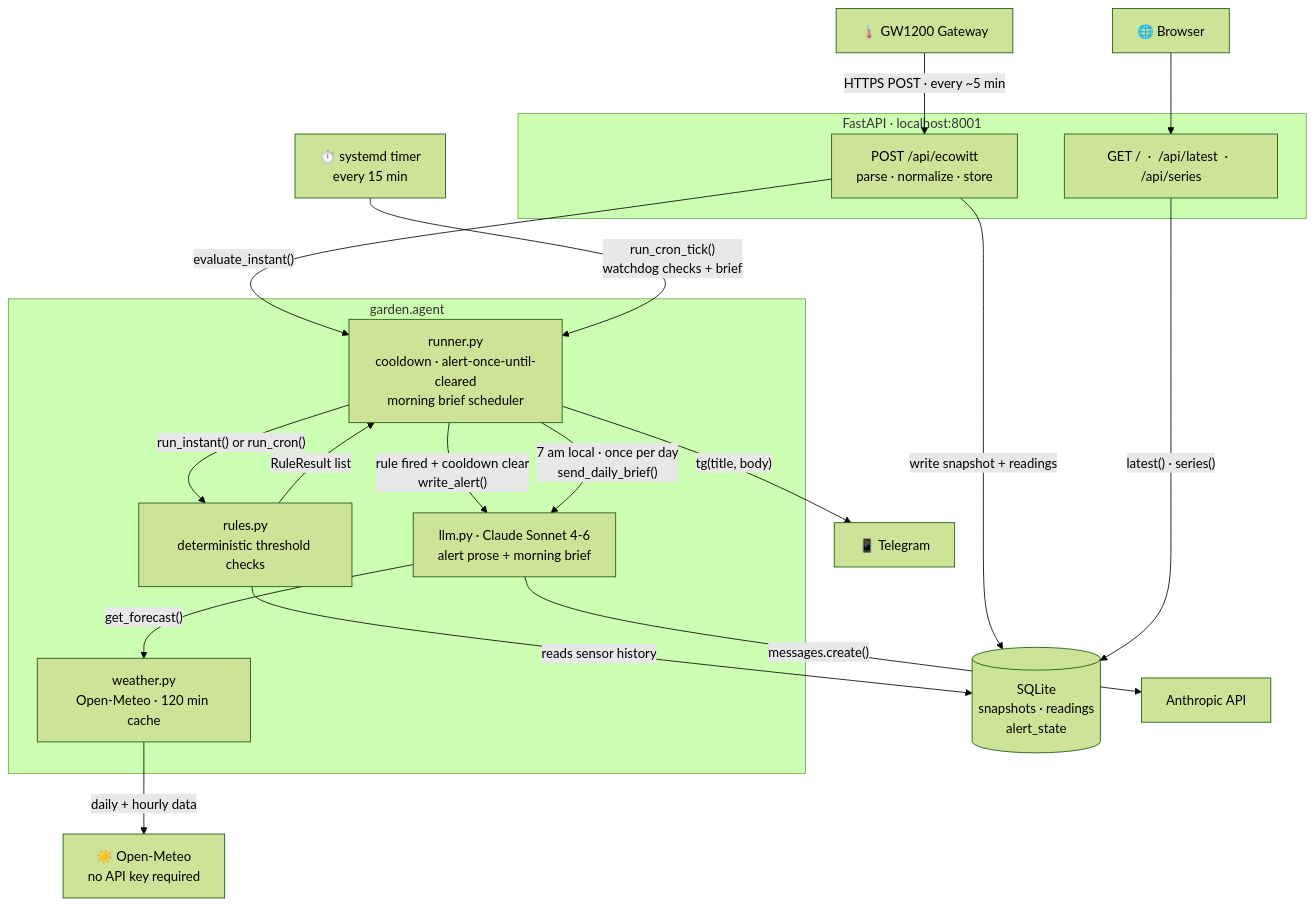
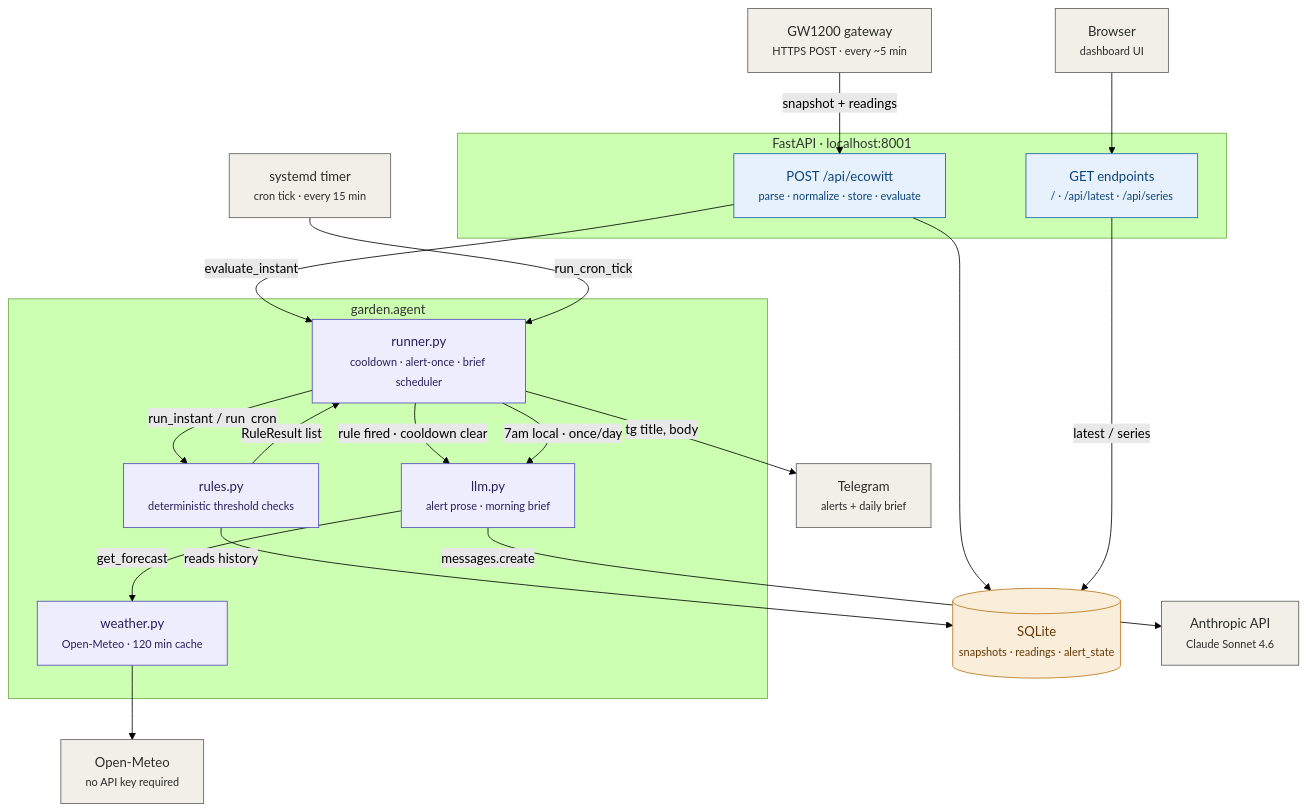
One commit to spate141/garden-agent changed the diagram in README.md. Above: the diagram before and after it, drawn with Mermaid (forest theme).

Commit message:
Update README to enhance flowchart clarity and detail component interactions

````diff
--- a/README.md
+++ b/README.md
@@ -9,46 +9,53 @@
 ```mermaid
 flowchart TD
-    GW["🌡️ GW1200 Gateway"]
-    Timer["⏱️ systemd timer\nevery 15 min"]
-    Browser["🌐 Browser"]
+    GW["GW1200 gateway<br/><small>HTTPS POST · every ~5 min</small>"]
+    Timer["systemd timer<br/><small>cron tick · every 15 min</small>"]
+    Browser["Browser<br/><small>dashboard UI</small>"]
 
     subgraph fastapi ["FastAPI · localhost:8001"]
-        INGEST["POST /api/ecowitt\nparse · normalize · store"]
-        SERVE["GET /  ·  /api/latest  ·  /api/series"]
+        INGEST["POST /api/ecowitt<br/><small>parse · normalize · store · evaluate</small>"]
+        SERVE["GET endpoints<br/><small>/ · /api/latest · /api/series</small>"]
     end
 
-    DB[("SQLite\nsnapshots · readings\nalert_state")]
+    DB[("SQLite<br/><small>snapshots · readings · alert_state</small>")]
 
     subgraph agent ["garden.agent"]
-        RULES["rules.py\ndeterministic threshold checks"]
-        RUNNER["runner.py\ncooldown · alert-once-until-cleared\nmorning brief scheduler"]
-        LLM["llm.py · Claude Sonnet 4-6\nalert prose + morning brief"]
-        WEATHER["weather.py\nOpen-Meteo · 120 min cache"]
+        RUNNER["runner.py<br/><small>cooldown · alert-once · brief scheduler</small>"]
+        RULES["rules.py<br/><small>deterministic threshold checks</small>"]
+        LLM["llm.py<br/><small>alert prose · morning brief</small>"]
+        WEATHER["weather.py<br/><small>Open-Meteo · 120 min cache</small>"]
     end
 
-    TG["📱 Telegram"]
-    ANT["Anthropic API"]
-    OM["☀️ Open-Meteo\nno API key required"]
+    TG["Telegram<br/><small>alerts + daily brief</small>"]
+    ANT["Anthropic API<br/><small>Claude Sonnet 4.6</small>"]
+    OM["Open-Meteo<br/><small>no API key required</small>"]
 
-    GW -->|"HTTPS POST · every ~5 min"| INGEST
-    INGEST -->|"write snapshot + readings"| DB
-    INGEST -->|"evaluate_instant()"| RUNNER
+    GW -->|snapshot + readings| INGEST
+    INGEST --> DB
+    INGEST -->|evaluate_instant| RUNNER
+    Timer -->|run_cron_tick| RUNNER
 
-    Timer -->|"run_cron_tick()\nwatchdog checks + brief"| RUNNER
+    RUNNER -->|run_instant / run_cron| RULES
+    RULES -->|reads history| DB
+    RULES -->|RuleResult list| RUNNER
 
-    RUNNER -->|"run_instant() or run_cron()"| RULES
-    RULES -->|"reads sensor history"| DB
-    RULES -->|"RuleResult list"| RUNNER
-
-    RUNNER -->|"rule fired + cooldown clear\nwrite_alert()"| LLM
-    RUNNER -->|"7 am local · once per day\nsend_daily_brief()"| LLM
-
-    LLM -->|"get_forecast()"| WEATHER
-    WEATHER -->|"daily + hourly data"| OM
-    LLM -->|"messages.create()"| ANT
-
-    RUNNER -->|"tg(title, body)"| TG
+    RUNNER -->|rule fired · cooldown clear| LLM
+    RUNNER -->|7am local · once/day| LLM
+    LLM -->|get_forecast| WEATHER
+    WEATHER --> OM
+    LLM -->|messages.create| ANT
+    RUNNER -->|tg title, body| TG
 
     Browser --> SERVE
-    SERVE -->|"latest() · series()"| DB
+    SERVE -->|latest / series| DB
+
+    classDef data fill:#E6F1FB,stroke:#185FA5,color:#0C447C;
+    classDef ctrl fill:#EEEDFE,stroke:#534AB7,color:#26215C;
+    classDef store fill:#FAEEDA,stroke:#BA7517,color:#633806;
+    classDef ext fill:#F1EFE8,stroke:#5F5E5A,color:#2C2C2A;
+
+    class INGEST,SERVE data;
+    class RUNNER,RULES,LLM,WEATHER ctrl;
+    class DB store;
+    class GW,Timer,Browser,TG,ANT,OM ext;
 ```
````
